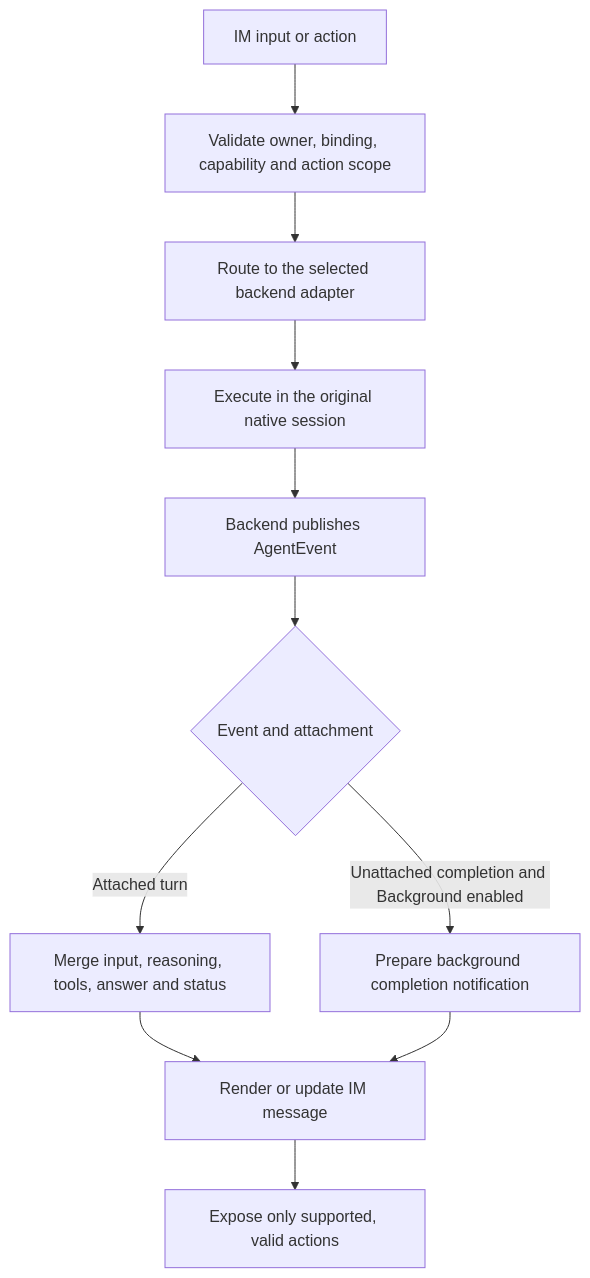
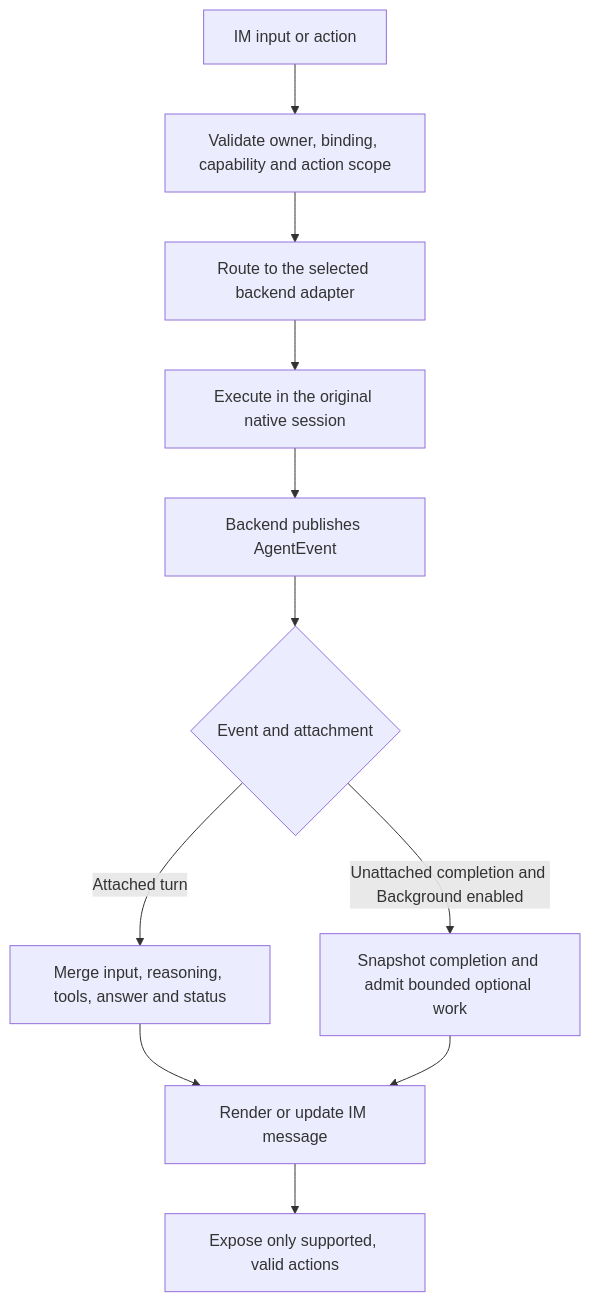
The first of 9 diagrams in docs/session-lifecycle.md (tenfyzhong/agentix), drawn with Mermaid before and after one commit. The commit also changed other lines of this file and 38 other files, not shown here.

First line of the commit message:
fix: isolate background completion reads and order card writes (#92)

````diff
--- a/docs/session-lifecycle.md
+++ b/docs/session-lifecycle.md
@@ -129,13 +129,13 @@
 ```mermaid
 flowchart TD
     IM["IM input or action"] --> CORE["Validate owner, binding, capability and action scope"]
     CORE --> ADAPTER["Route to the selected backend adapter"]
     ADAPTER --> HOST["Execute in the original native session"]
     HOST --> EVENT["Backend publishes AgentEvent"]
     EVENT --> ROUTE{"Event and attachment"}
     ROUTE -->|Attached turn| BUFFER["Merge input, reasoning, tools, answer and status"]
-    ROUTE -->|Unattached completion and Background enabled| BG["Prepare background completion notification"]
+    ROUTE -->|Unattached completion and Background enabled| BG["Snapshot completion and admit bounded optional work"]
     BUFFER --> CARD["Render or update IM message"]
     BG --> CARD
     CARD --> ACTION["Expose only supported, valid actions"]
 ```
````
